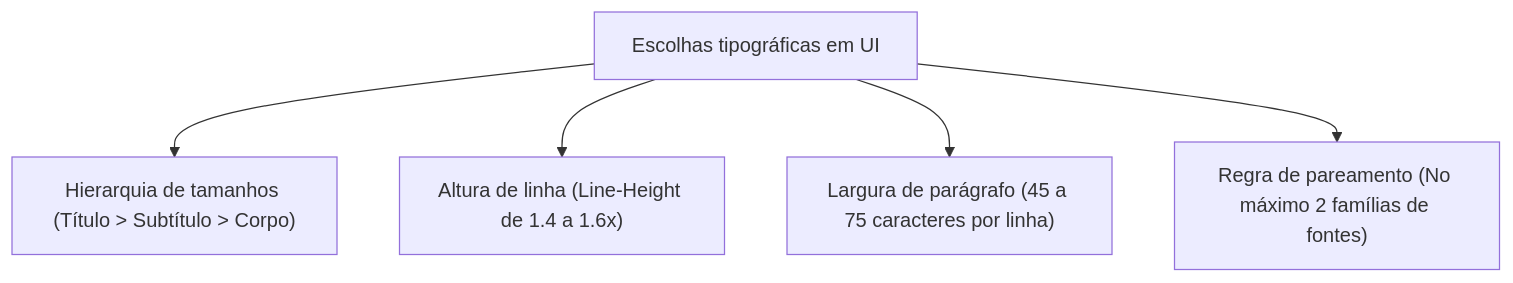
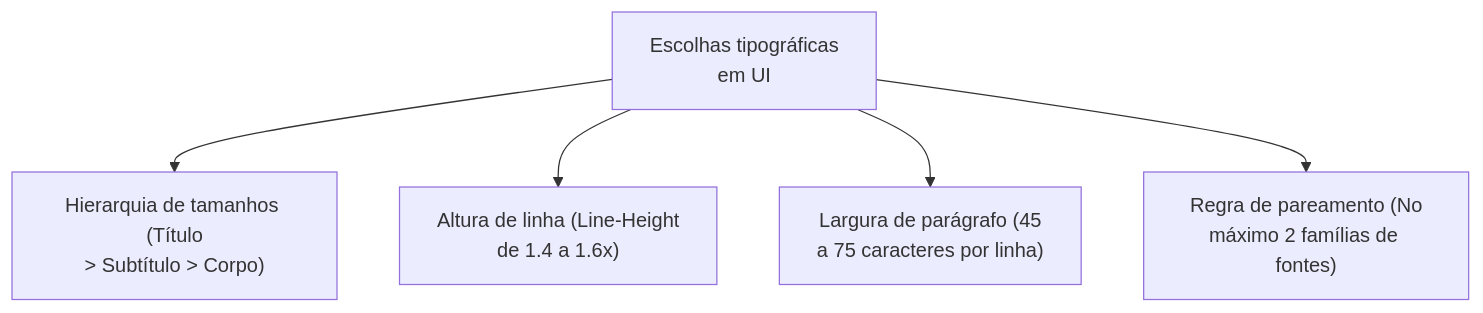
The third of 3 diagrams in 08. Design de Interacao/14. Estética em sistemas interativos - harmonização de cores, fontes e usabilidade.md (leorruas/puc), drawn with Mermaid before and after one commit. The commit also changed other lines of this file and 16 other files, not shown here.

Commit message:
style(mermaid): comprehensive audit and optimization of 45 Mermaid blocks across all 22 topic notes

````diff
--- a/08. Design de Interacao/14. Estética em sistemas interativos - harmonização de cores, fontes e usabilidade.md
+++ b/08. Design de Interacao/14. Estética em sistemas interativos - harmonização de cores, fontes e usabilidade.md
@@ -128,7 +128,7 @@
 ```mermaid
 graph TD
-    Tipografia["Escolhas tipográficas em UI"] --> H1["Hierarquia de tamanhos (Título > Subtítulo > Corpo)"]
-    Tipografia --> H2["Altura de linha (Line-Height de 1.4 a 1.6x)"]
-    Tipografia --> H3["Largura de parágrafo (45 a 75 caracteres por linha)"]
-    Tipografia --> H4["Regra de pareamento (No máximo 2 famílias de fontes)"]
+    Tipografia["Escolhas tipográficas<br>em UI"] --> H1["Hierarquia de tamanhos (Título<br>> Subtítulo > Corpo)"]
+    Tipografia --> H2["Altura de linha (Line-Height<br>de 1.4 a 1.6x)"]
+    Tipografia --> H3["Largura de parágrafo (45<br>a 75 caracteres por linha)"]
+    Tipografia --> H4["Regra de pareamento (No<br>máximo 2 famílias de fontes)"]
 ```
````
